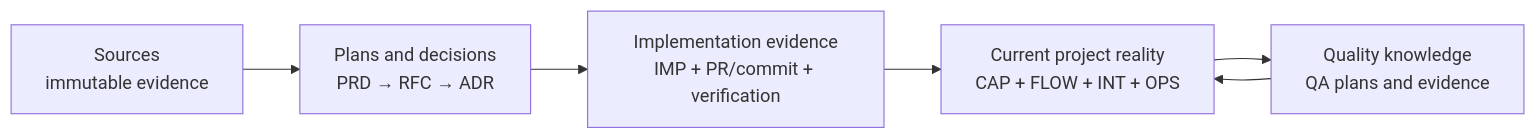
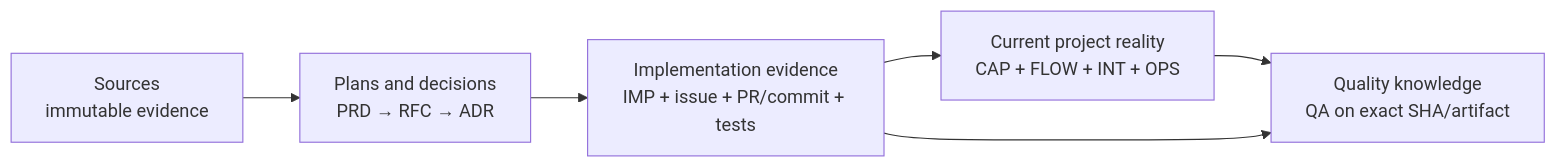
One commit to mirumee/nimara-ecommerce changed the diagram in llm-wiki/AGENTS.md. Above: the diagram before and after it, drawn with Mermaid. The commit also changed other lines of this file and 14 other files, not shown here.

````diff
--- a/llm-wiki/AGENTS.md
+++ b/llm-wiki/AGENTS.md
@@ -73,8 +77,8 @@
 ```mermaid
 flowchart LR
     S["Sources<br/>immutable evidence"] --> P["Plans and decisions<br/>PRD → RFC → ADR"]
-    P --> I["Implementation evidence<br/>IMP + PR/commit + verification"]
+    P --> I["Implementation evidence<br/>IMP + issue + PR/commit + tests"]
     I --> C["Current project reality<br/>CAP + FLOW + INT + OPS"]
-    C --> Q["Quality knowledge<br/>QA plans and evidence"]
-    Q --> C
+    C --> Q["Quality knowledge<br/>QA on exact SHA/artifact"]
+    I --> Q
 ```
````
